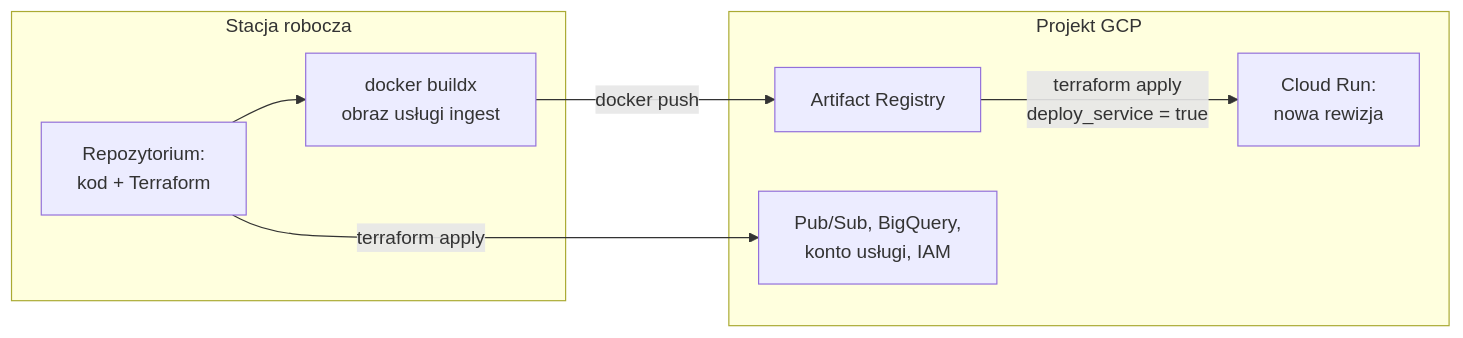
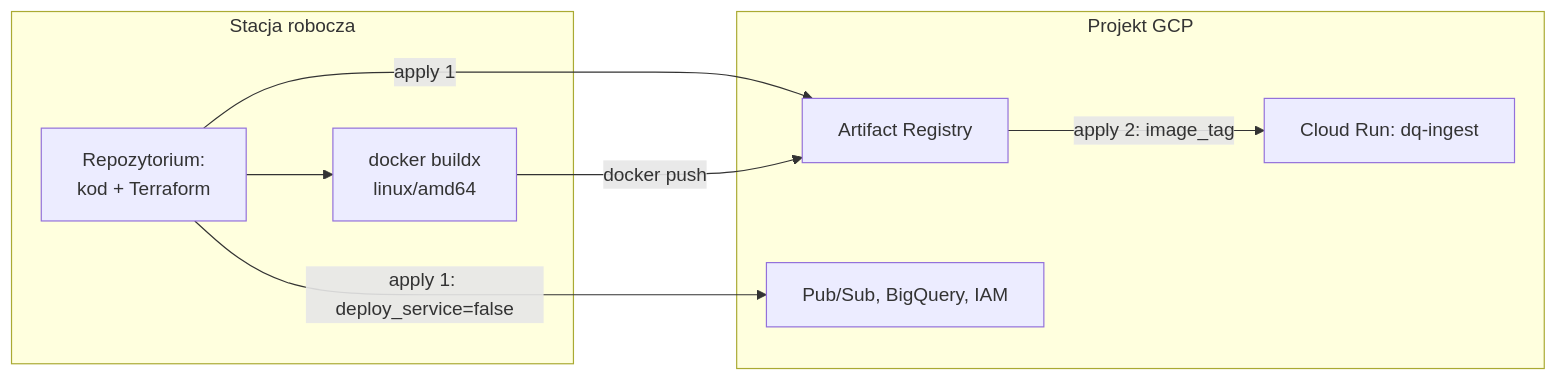
Before and after one commit to pmackowka/shift-left-data-quality-pydantic: the third of 3 diagrams in README.md, drawn with Mermaid. The commit also changed other lines of this file and 1 other file, not shown here.

````diff
--- a/README.md
+++ b/README.md
@@ -361,16 +367,17 @@
 ```mermaid
 flowchart LR
     subgraph LOCAL[Stacja robocza]
         SRC[Repozytorium:<br/>kod + Terraform]
-        BUILD[docker buildx<br/>obraz usługi ingest]
+        BUILD[docker buildx<br/>linux/amd64]
     end
     subgraph GCP[Projekt GCP]
         AR[Artifact Registry]
-        CR[Cloud Run:<br/>nowa rewizja]
-        REST[Pub/Sub, BigQuery,<br/>konto usługi, IAM]
+        CR[Cloud Run: dq-ingest]
+        REST[Pub/Sub, BigQuery, IAM]
     end
+    SRC -->|apply 1: deploy_service=false| REST
+    SRC -->|apply 1| AR
     SRC --> BUILD
     BUILD -->|docker push| AR
-    AR -->|terraform apply<br/>deploy_service = true| CR
-    SRC -->|terraform apply| REST
+    AR -->|apply 2: image_tag| CR
 ```
````
